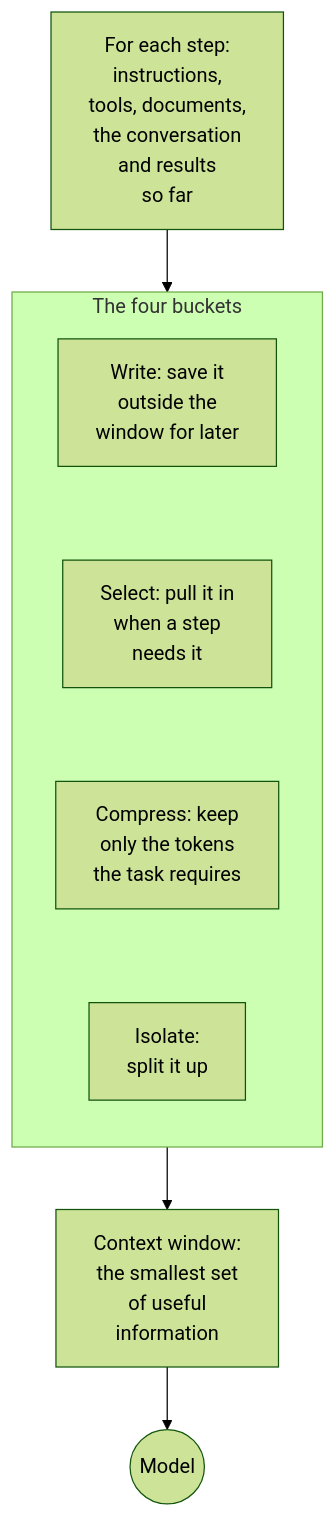
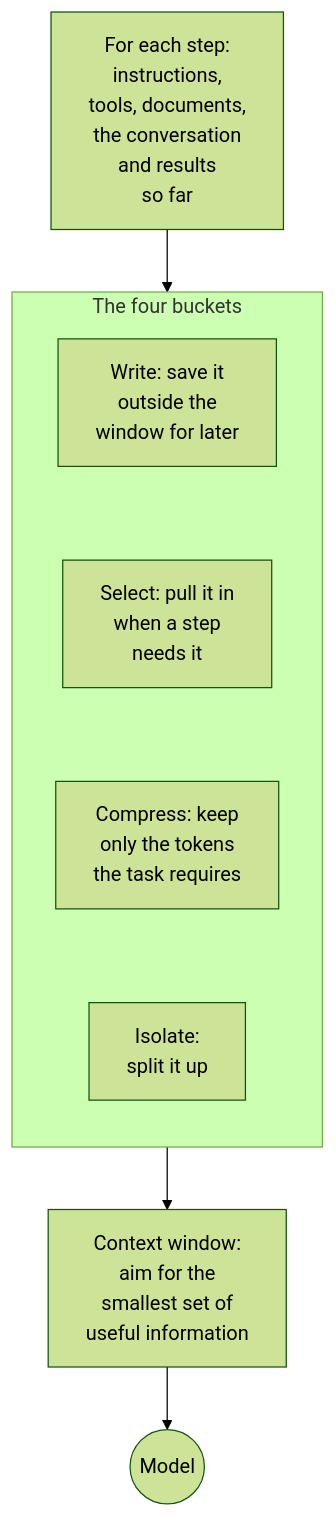
The diagram in 3-engineer/context-engineering.md (AnilKerai/applied-ai-handbook), drawn with Mermaid (forest theme) before and after one commit. The commit also changed other lines of this file and 5 other files, not shown here.

Commit message:
Engineer diagrams and reframes: review fixes

````diff
--- a/3-engineer/context-engineering.md
+++ b/3-engineer/context-engineering.md
@@ -31,15 +31,15 @@
 ```mermaid
 flowchart TD
     SRC["For each step:<br/>instructions,<br/>tools, documents,<br/>the conversation<br/>and results<br/>so far"]
     subgraph OPS["The four buckets"]
         direction TB
         W["Write: save it<br/>outside the<br/>window for later"]
         S["Select: pull it in<br/>when a step<br/>needs it"]
         C["Compress: keep<br/>only the tokens<br/>the task requires"]
         I["Isolate:<br/>split it up"]
         W ~~~ S ~~~ C ~~~ I
     end
-    WIN["Context window:<br/>the smallest set<br/>of useful<br/>information"]
+    WIN["Context window:<br/>aim for the<br/>smallest set of<br/>useful information"]
     M(("Model"))
     SRC --> OPS --> WIN --> M
 ```
````
